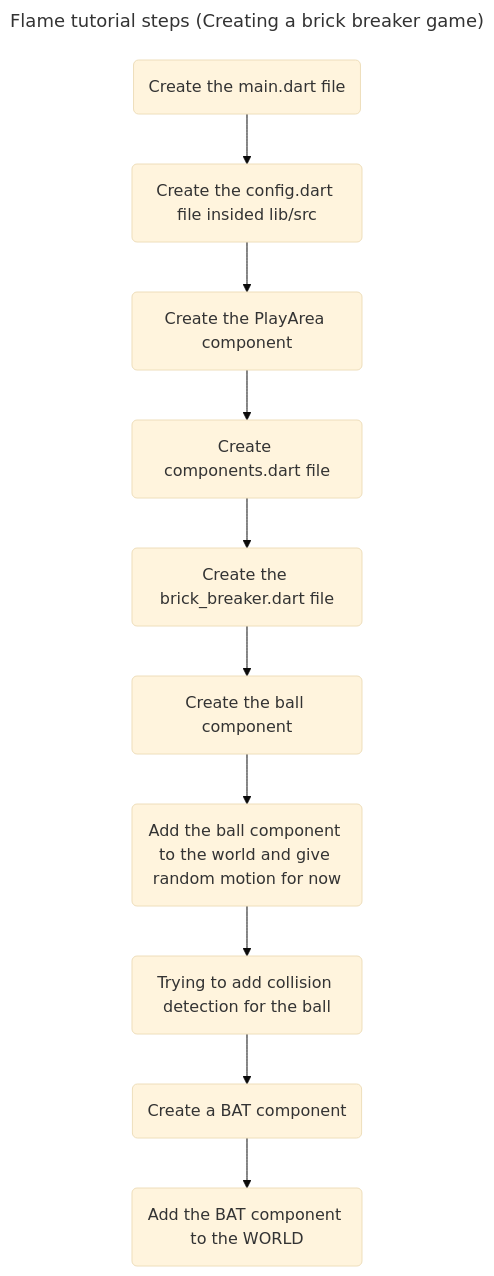
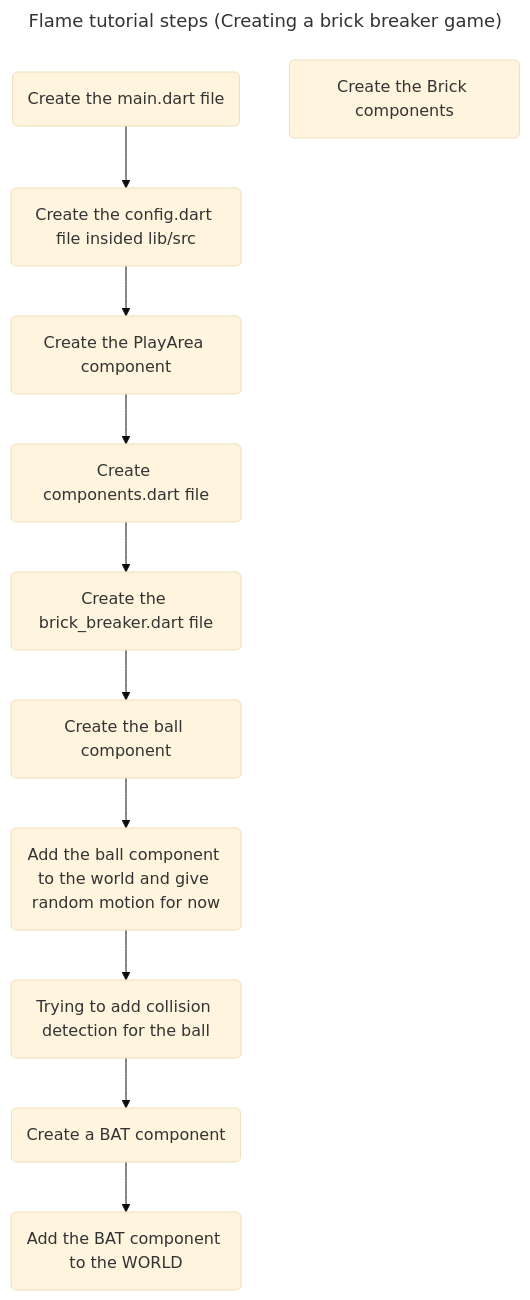
The diagram in steps.md (jydv402/brick_breaker_flame), drawn with Mermaid (base theme) before and after one commit. The commit also changed 5 other files, not shown here.

````diff
--- a/steps.md
+++ b/steps.md
@@ -1,20 +1,21 @@
 ```mermaid
 ---
 title: Flame tutorial steps (Creating a brick breaker game)
 ---
 flowchart TD
     id1(Create the main.dart file)
     id2(Create the config.dart file insided lib/src)
     id3(Create the PlayArea component)
     id4(Create components.dart file)
     id5(Create the brick_breaker.dart file)
     id6(Create the ball component)
     id7(Add the ball component to the world and give random motion for now)
     id8(Trying to add collision detection for the ball)
     id9(Create a BAT component)
     id10(Add the BAT component to the WORLD)
+    id11(Create the Brick components)
 
 
     id1 --> id2 --> id3 --> id4 --> id5 --> id6 --> id7 --> id8 --> id9 --> id10
 
 ```
````
